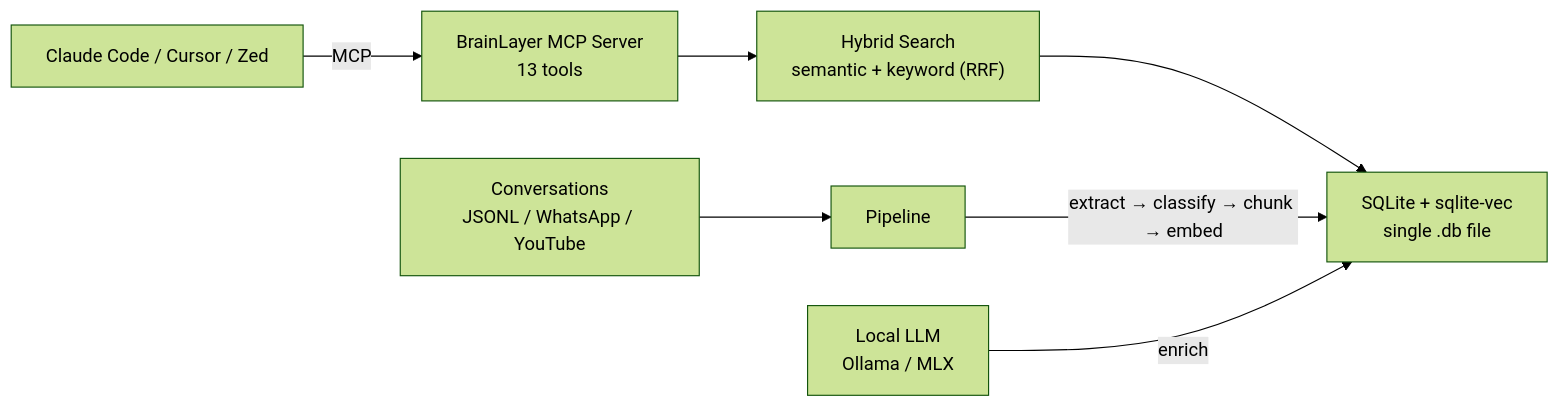
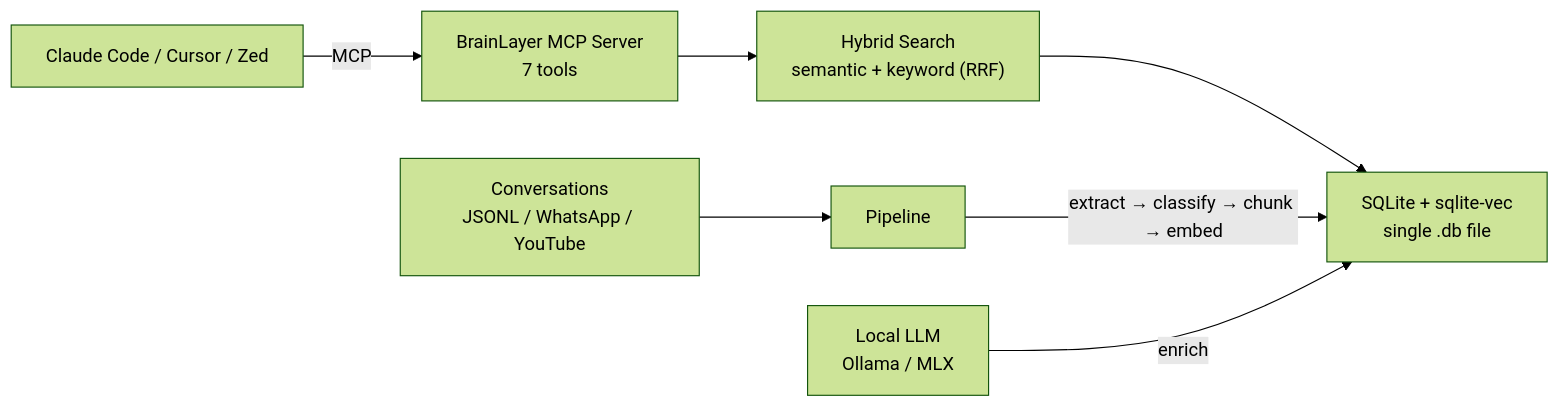
Before and after one commit to EtanHey/brainlayer: the diagram in docs/index.md, drawn with Mermaid (forest theme). The commit also changed other lines of this file and 6 other files, not shown here.

````diff
--- a/docs/index.md
+++ b/docs/index.md
@@ -48,10 +48,10 @@
 ```mermaid
 graph LR
-    A["Claude Code / Cursor / Zed"] -->|MCP| B["BrainLayer MCP Server<br/>13 tools"]
+    A["Claude Code / Cursor / Zed"] -->|MCP| B["BrainLayer MCP Server<br/>7 tools"]
     B --> C["Hybrid Search<br/>semantic + keyword (RRF)"]
     C --> D["SQLite + sqlite-vec<br/>single .db file"]
 
     E["Conversations<br/>JSONL / WhatsApp / YouTube"] --> F["Pipeline"]
     F -->|extract → classify → chunk → embed| D
     G["Local LLM<br/>Ollama / MLX"] -->|enrich| D
 ```
````
